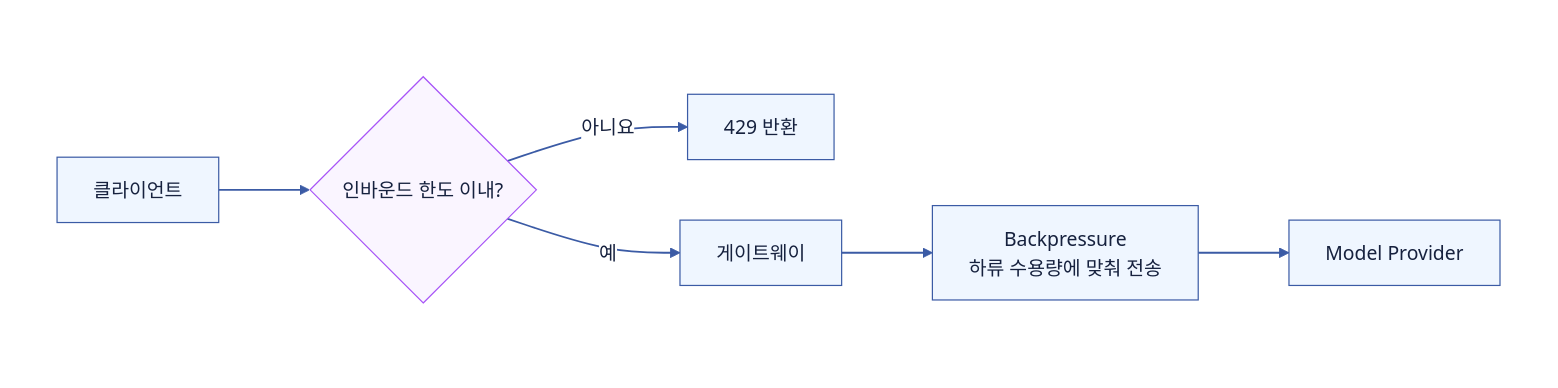
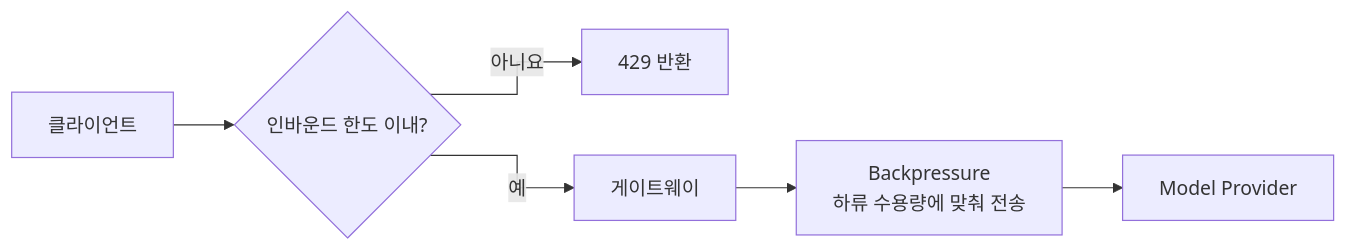
Before and after one commit to Hyune-s-lab/my-ai-study: the second of 2 diagrams in computer-science/2607-rate-limiting.md, drawn with Mermaid. The commit also changed other lines of this file and 49 other files, not shown here.

Commit message:
docs: 단순 다이어그램은 Mermaid로, 복잡한 배치는 SVG로 정리

````diff
--- a/computer-science/2607-rate-limiting.md
+++ b/computer-science/2607-rate-limiting.md
@@ -63,20 +52,15 @@
 ```mermaid
 flowchart LR
-%%{init: {"theme": "base", "darkMode": false, "themeVariables": {"background": "#ffffff", "primaryColor": "#EFF6FF", "primaryTextColor": "#16213E", "primaryBorderColor": "#3B5BA5", "secondaryColor": "#F0FDF4", "tertiaryColor": "#FAF5FF", "lineColor": "#3B5BA5", "textColor": "#16213E", "edgeLabelBackground": "#ffffff", "clusterBkg": "#F8FAFC", "clusterBorder": "#CBD5E1"}}}%%
-  subgraph canvas[" "]
-    direction LR
-    client["클라이언트"] --> rl{"인바운드 한도 이내?"}
-    rl -->|"아니요"| reject["429 반환"]
-    rl -->|"예"| gateway["게이트웨이"]
-    gateway --> bp["Backpressure<br/>하류 수용량에 맞춰 전송"]
-    bp --> downstream["Model Provider"]
-  end
-  style canvas fill:#ffffff,stroke:#ffffff,color:#111827
-  linkStyle default stroke:#3B5BA5,stroke-width:1.5px
-  classDef app fill:#EFF6FF,stroke:#3B5BA5,stroke-width:1px,color:#16213E
-  class client,reject,gateway,bp,downstream app
-  classDef db fill:#F0FDF4,stroke:#3F8E55,stroke-width:1px,color:#16213E
-  classDef policy fill:#FAF5FF,stroke:#A855F7,stroke-width:1px,color:#16213E
-  class rl policy
-  classDef worker fill:#FFF7ED,stroke:#C98A2B,stroke-width:1px,color:#16213E
+%%{init: {"flowchart": {"curve": "stepAfter", "wrappingWidth": 400}}}%%
+  n_client["클라이언트"]
+  n_rl{"인바운드 한도 이내?"}
+  n_reject["429 반환"]
+  n_gateway["게이트웨이"]
+  n_bp["Backpressure<br/>하류 수용량에 맞춰 전송"]
+  n_downstream["Model Provider"]
+  n_client --> n_rl
+  n_rl -->|"아니요"| n_reject
+  n_rl -->|"예"| n_gateway
+  n_gateway --> n_bp
+  n_bp --> n_downstream
 ```
````
